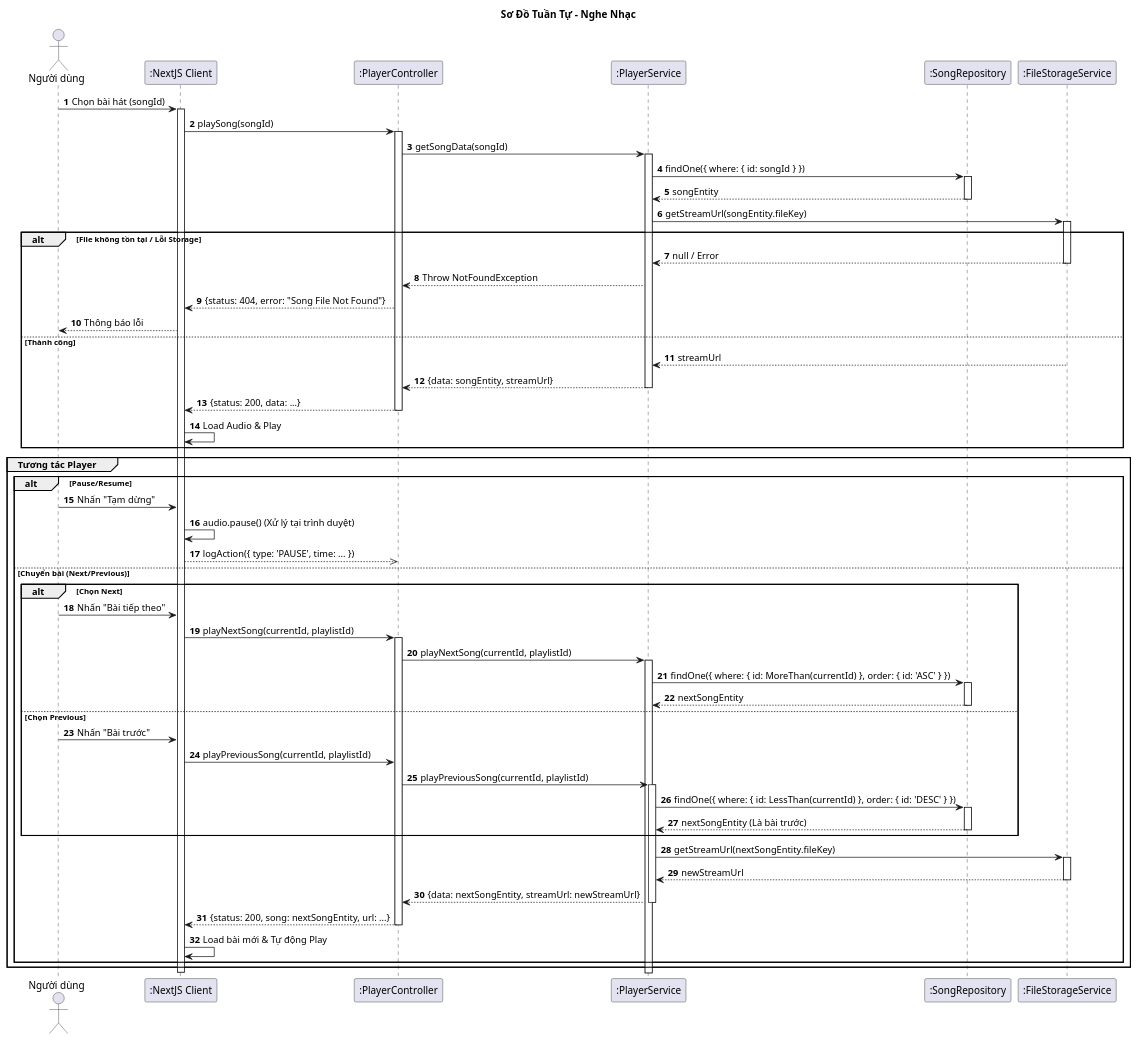
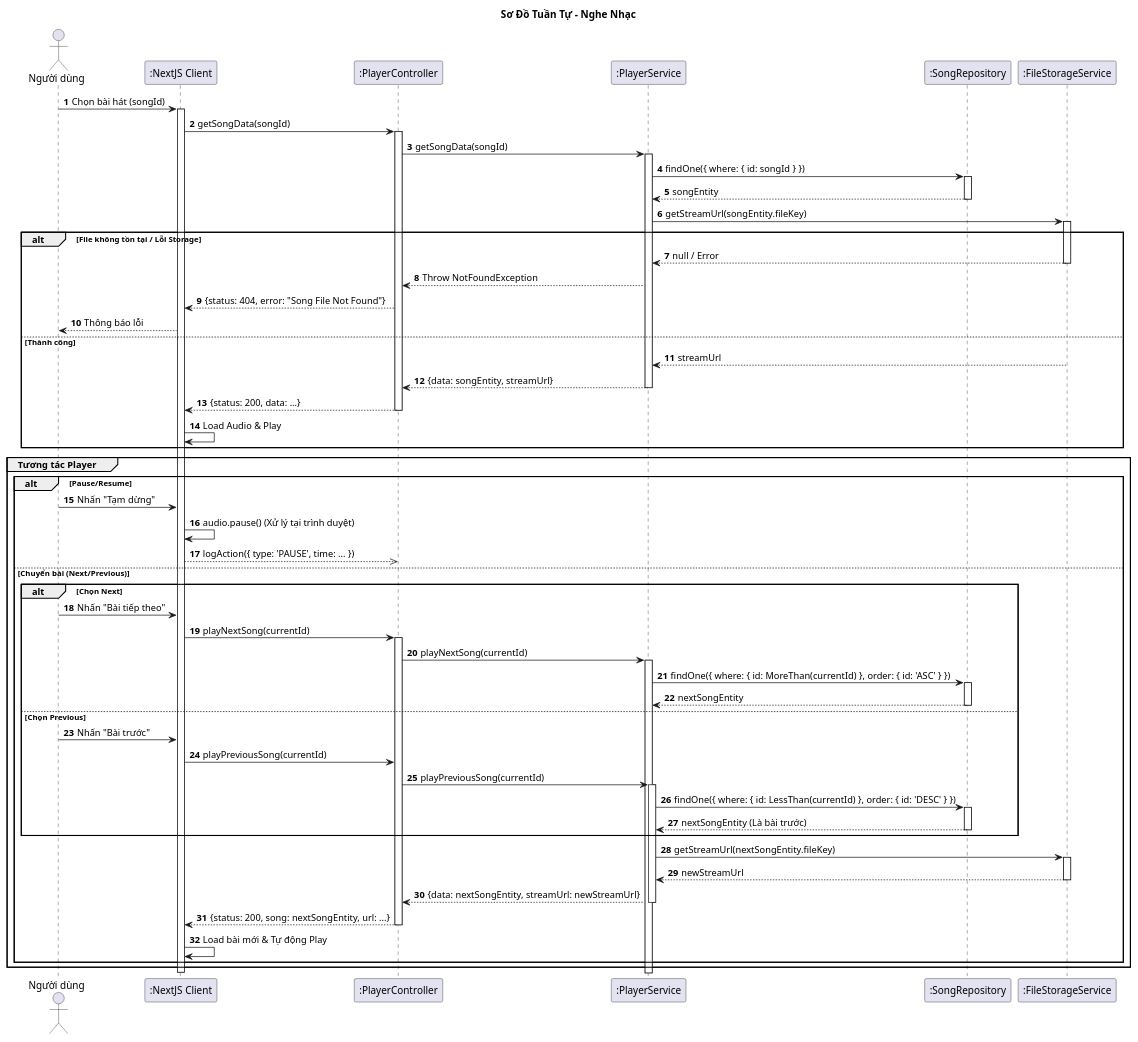
The diagram in Diagrams/SequenceDiagram/ListenMusicSD.plantuml (vinh047/soundwave), drawn with PlantUML before and after one commit. The commit also changed 13 other files, not shown here.

Commit message:
Update: Sửa Class Diagram thành mức phân tích

```diff
--- a/Diagrams/SequenceDiagram/ListenMusicSD.plantuml
+++ b/Diagrams/SequenceDiagram/ListenMusicSD.plantuml
@@ -1,112 +1,112 @@
 @startuml Sequence Diagram - Nghe Nhạc 
 
 title Sơ Đồ Tuần Tự - Nghe Nhạc 
 
 actor "Người dùng" as User
 participant ":NextJS Client" as UI
 participant ":PlayerController" as Controller
 participant ":PlayerService" as Service
 participant ":SongRepository" as DB
 participant ":FileStorageService" as Storage
 
 autonumber
 
 ' === BƯỚC 1: BẮT ĐẦU PHÁT NHẠC ===
 User -> UI: Chọn bài hát (songId)
 activate UI
-UI -> Controller: playSong(songId)
+UI -> Controller: getSongData(songId)
 activate Controller
 
 ' Controller gọi Service xử lý trọn gói
 Controller -> Service: getSongData(songId)
 activate Service
 
 ' 1. Lấy Metadata từ DB
 Service -> DB: findOne({ where: { id: songId } })
 activate DB
 DB --> Service: songEntity
 deactivate DB
 
 ' 2. Lấy Stream URL từ Storage
 Service -> Storage: getStreamUrl(songEntity.fileKey)
 activate Storage
 
 alt File không tồn tại / Lỗi Storage
     Storage --> Service: null / Error
     deactivate Storage
     Service --> Controller: Throw NotFoundException
     Controller --> UI: {status: 404, error: "Song File Not Found"}
     UI --> User: Thông báo lỗi
 else Thành công
     Storage --> Service: streamUrl
     deactivate Storage
     
     Service --> Controller: {data: songEntity, streamUrl}
     deactivate Service
     
     Controller --> UI: {status: 200, data: ...}
     deactivate Controller
     
     UI -> UI: Load Audio & Play
 end
 
 ' === BƯỚC 2: TƯƠNG TÁC NGƯỜI DÙNG ===
 group Tương tác Player
 
     ' === KỊCH BẢN 2.1: PAUSE / RESUME (Client-side) ===
     alt Pause/Resume
         User -> UI: Nhấn "Tạm dừng"
         UI -> UI: audio.pause() (Xử lý tại trình duyệt)
         
         ' (Optional) Gửi log thống kê ngầm
         UI -->> Controller: logAction({ type: 'PAUSE', time: ... })
     
     ' === KỊCH BẢN 2.2: CHUYỂN BÀI (Next/Prev) ===
     else Chuyển bài (Next/Previous)
         
         alt Chọn Next
             User -> UI: Nhấn "Bài tiếp theo"
-            UI -> Controller: playNextSong(currentId, playlistId)
+            UI -> Controller: playNextSong(currentId)
             activate Controller
-            Controller -> Service: playNextSong(currentId, playlistId)
+            Controller -> Service: playNextSong(currentId)
             activate Service
             
             ' Logic tìm bài kế tiếp (VD: bài có ID lớn hơn hoặc order lớn hơn)
             Service -> DB: findOne({ where: { id: MoreThan(currentId) }, order: { id: 'ASC' } })
             activate DB
             DB --> Service: nextSongEntity
             deactivate DB
             
         else Chọn Previous
             User -> UI: Nhấn "Bài trước"
-            UI -> Controller: playPreviousSong(currentId, playlistId)
+            UI -> Controller: playPreviousSong(currentId)
             ' Controller đã activate từ nhánh Next/Prev chung
-            Controller -> Service: playPreviousSong(currentId, playlistId)
+            Controller -> Service: playPreviousSong(currentId)
             activate Service
             
             ' Logic tìm bài trước đó
             Service -> DB: findOne({ where: { id: LessThan(currentId) }, order: { id: 'DESC' } })
             activate DB
             DB --> Service: nextSongEntity (Là bài trước)
             deactivate DB
         end
 
         ' === XỬ LÝ CHUNG SAU KHI TÌM ĐƯỢC BÀI MỚI ===
         ' Service tự động lấy Stream URL cho bài mới tìm được (Tái sử dụng code)
         Service -> Storage: getStreamUrl(nextSongEntity.fileKey)
         activate Storage
         Storage --> Service: newStreamUrl
         deactivate Storage
         
         Service --> Controller: {data: nextSongEntity, streamUrl: newStreamUrl}
         deactivate Service
         
         Controller --> UI: {status: 200, song: nextSongEntity, url: ...}
         deactivate Controller
         
         UI -> UI: Load bài mới & Tự động Play
     end
 end
 
 deactivate UI
 @enduml
```
